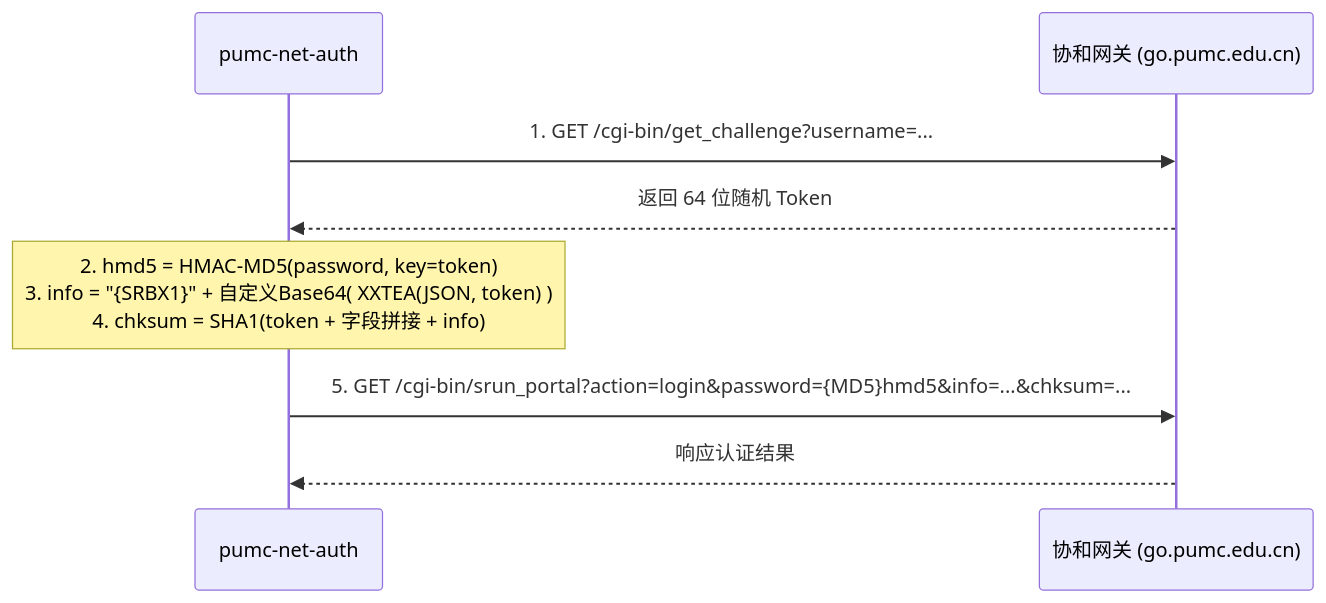
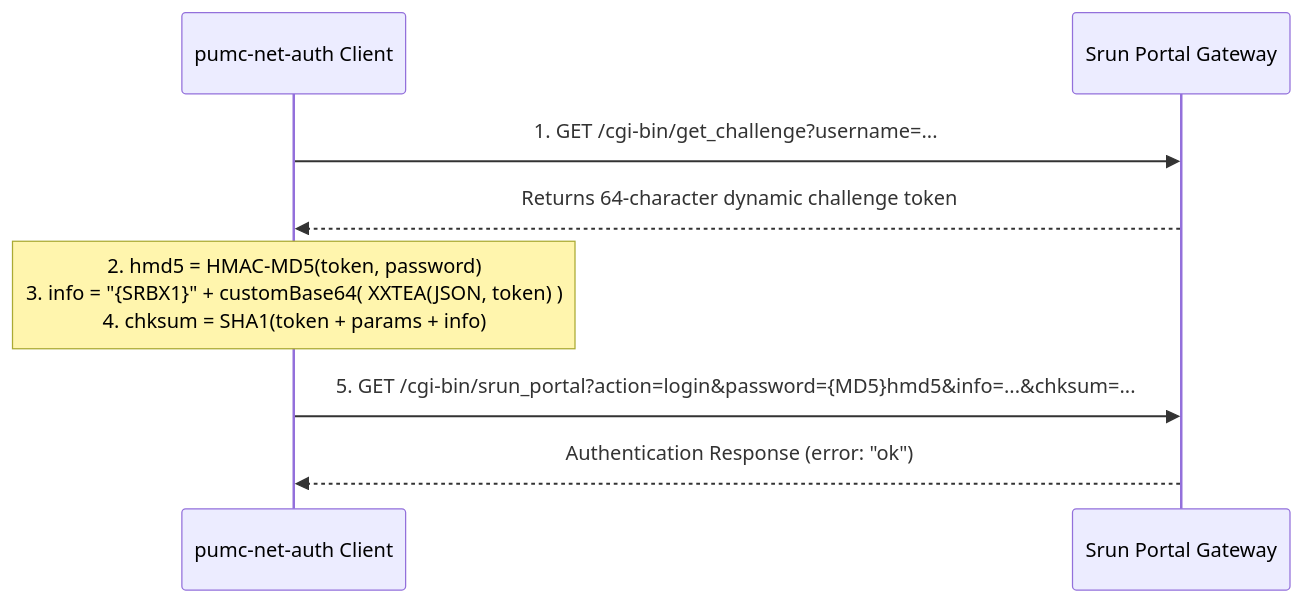
The diagram in README.md (Miyamiz39/pumc-net-auth), drawn with Mermaid before and after one commit. The commit also changed other lines of this file and 1 other file, not shown here.

Commit message:
docs: generalize Srun client description and move protocol specs to English details section

````diff
--- a/README.md
+++ b/README.md
@@ -45,13 +48,13 @@
 ```mermaid
 sequenceDiagram
-    participant Client as pumc-net-auth
-    participant Srun as 协和网关 (go.pumc.edu.cn)
+    participant Client as pumc-net-auth Client
+    participant Srun as Srun Portal Gateway
 
     Client->>Srun: 1. GET /cgi-bin/get_challenge?username=...
-    Srun-->>Client: 返回 64 位随机 Token
+    Srun-->>Client: Returns 64-character dynamic challenge token
 
-    Note over Client: 2. hmd5 = HMAC-MD5(password, key=token)<br/>3. info = "{SRBX1}" + 自定义Base64( XXTEA(JSON, token) )<br/>4. chksum = SHA1(token + 字段拼接 + info)
+    Note over Client: 2. hmd5 = HMAC-MD5(token, password)<br/>3. info = "{SRBX1}" + customBase64( XXTEA(JSON, token) )<br/>4. chksum = SHA1(token + params + info)
 
     Client->>Srun: 5. GET /cgi-bin/srun_portal?action=login&password={MD5}hmd5&info=...&chksum=...
-    Srun-->>Client: 响应认证结果
+    Srun-->>Client: Authentication Response (error: "ok")
 ```
````
